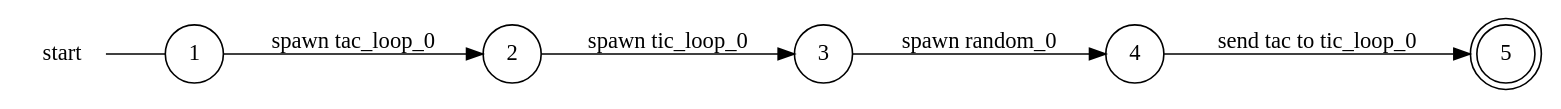
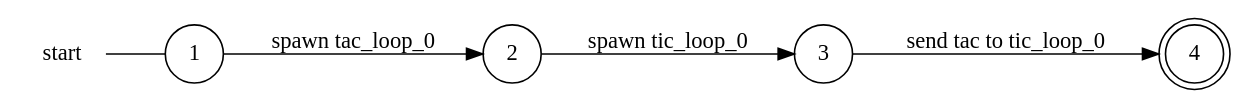
Before and after one commit to gabrielegenovese/chorer: the diagram in examples/ticktack/start_local_view.dot, drawn with Graphviz. The commit also changed 8 other files, not shown here.

```diff
--- a/examples/ticktack/start_local_view.dot
+++ b/examples/ticktack/start_local_view.dot
@@ -1,15 +1,13 @@
 digraph start {
 	rankdir="LR";
 	n_0 [label="start", shape="plaintext"];
-	n_1 [id="5", shape=circle, label="4"];
-	n_2 [id="1", shape=circle, label="1"];
-	n_0 -> n_2 [arrowhead=none];
-	n_3 [id="2", shape=circle, label="2"];
-	n_4 [id="4", shape=doublecircle, label="5"];
-	n_5 [id="3", shape=circle, label="3"];
+	n_1 [id="1", shape=circle, label="1"];
+	n_0 -> n_1 [arrowhead=none];
+	n_2 [id="2", shape=circle, label="2"];
+	n_3 [id="4", shape=circle, label="3"];
+	n_4 [id="3", shape=doublecircle, label="4"];
 
-	n_5 -> n_1 [id="[$e|1]", label="spawn random_0"];
-	n_3 -> n_5 [id="[$e|2]", label="spawn tic_loop_0"];
-	n_2 -> n_3 [id="[$e|3]", label="spawn tac_loop_0"];
-	n_1 -> n_4 [id="[$e|0]", label="send tac to tic_loop_0"];
+	n_3 -> n_4 [id="[$e|0]", label="send tac to tic_loop_0"];
+	n_2 -> n_3 [id="[$e|1]", label="spawn tic_loop_0"];
+	n_1 -> n_2 [id="[$e|2]", label="spawn tac_loop_0"];
 }
```
